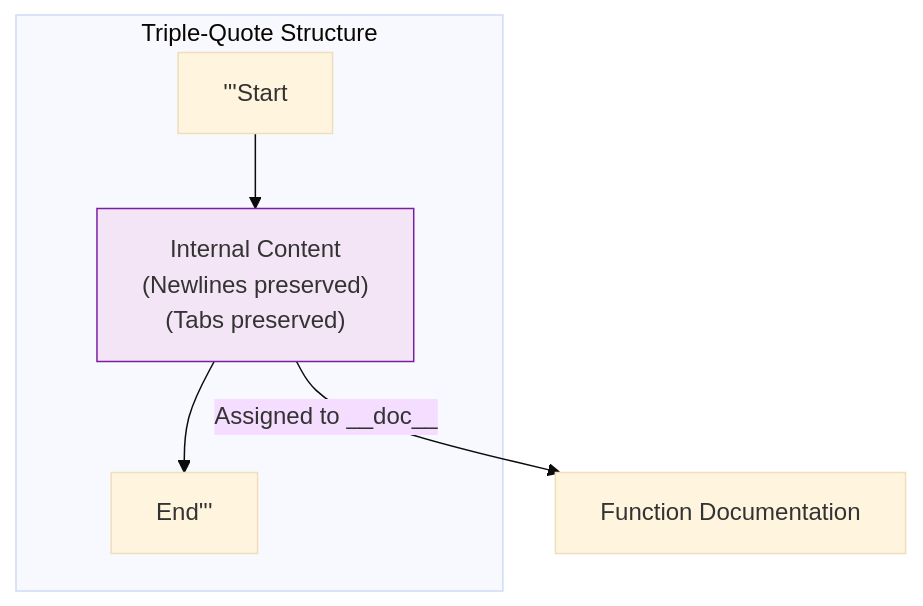
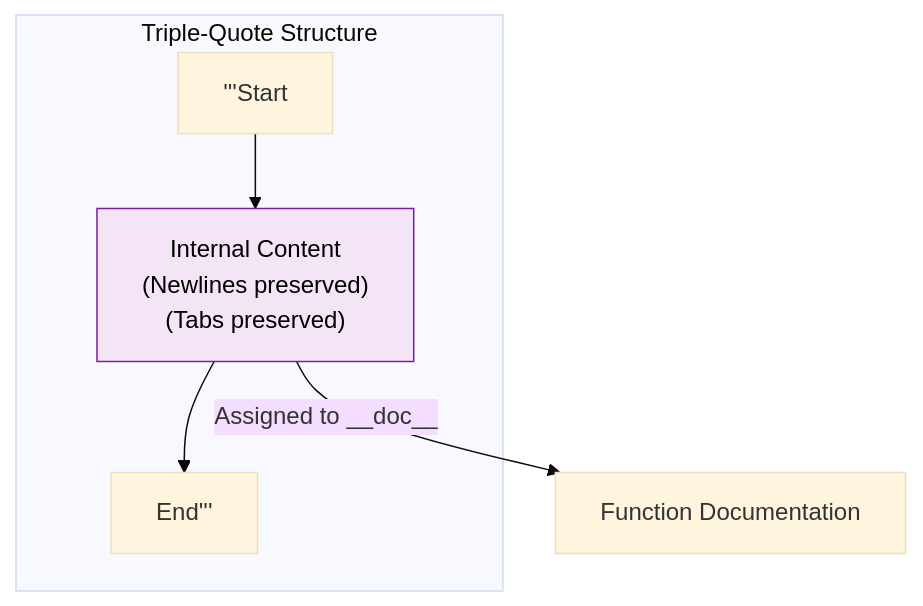
One commit to AyushSingh360/my-python-notebook changed the second of 2 diagrams in 03_Strings/README.md. Above: the diagram before and after it, drawn with Mermaid (base theme). The commit also changed other lines of this file and 2 other files, not shown here.

````diff
--- a/03_Strings/README.md
+++ b/03_Strings/README.md
@@ -50,9 +50,9 @@
 ```mermaid
 graph TD
     subgraph "Triple-Quote Structure"
     TQ1["'''Start"] --> Content["Internal Content\n(Newlines preserved)\n(Tabs preserved)"]
     Content --> TQ2["End'''"]
     end
     Content -- "Assigned to __doc__" --> Doc["Function Documentation"]
-    style Content fill:#f3e5f5,stroke:#7b1fa2
+    style Content fill:#f3e5f5,stroke:#7b1fa2,color:#000
 ```
````
